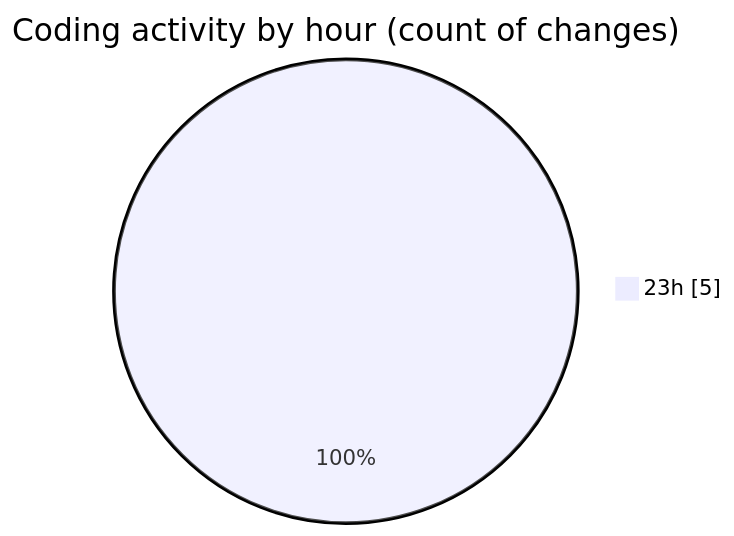
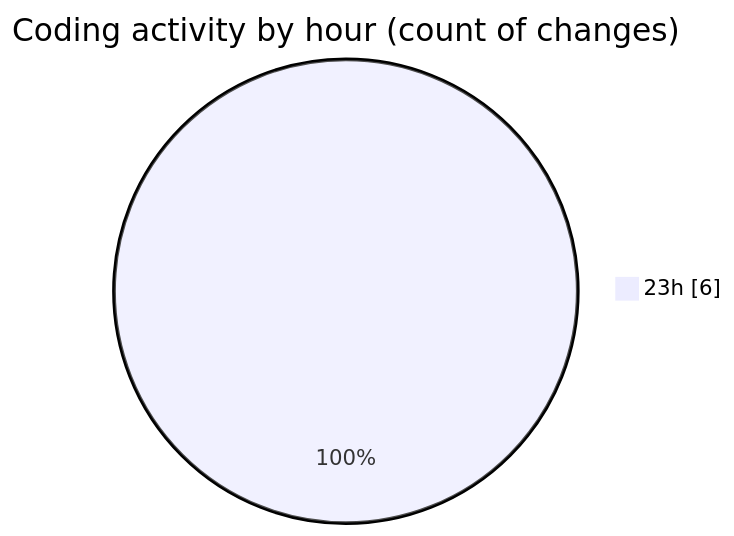
One commit to EIIisD/code-tracking changed the second of 2 diagrams in 2025-07-28/_gemini/README.md. Above: the diagram before and after it, drawn with Mermaid. The commit also changed other lines of this file and 1 other file, not shown here.

````diff
--- a/2025-07-28/_gemini/README.md
+++ b/2025-07-28/_gemini/README.md
@@ -28,5 +28,5 @@
 ```mermaid
 pie showData
 title Coding activity by hour (count of changes)
-"23h" : 5
+"23h" : 6
 ```
````
